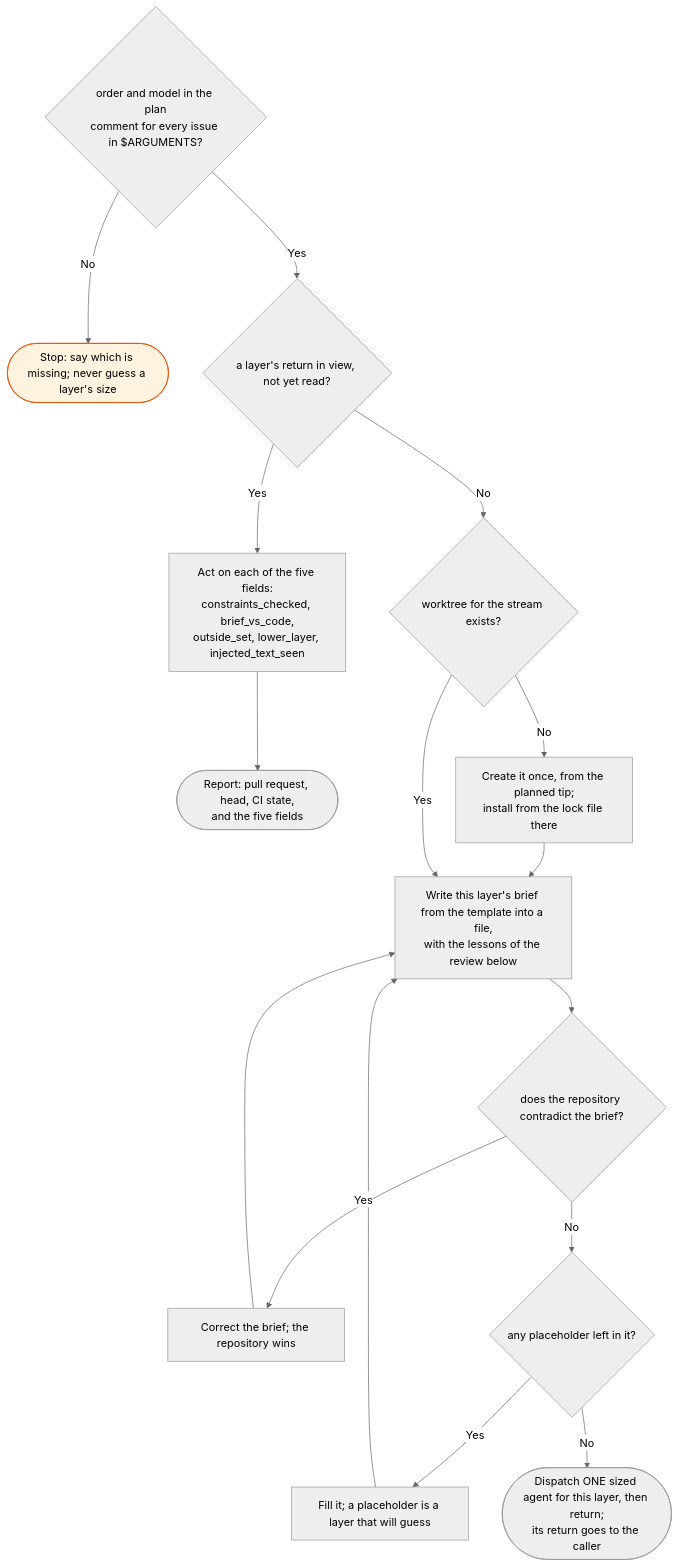
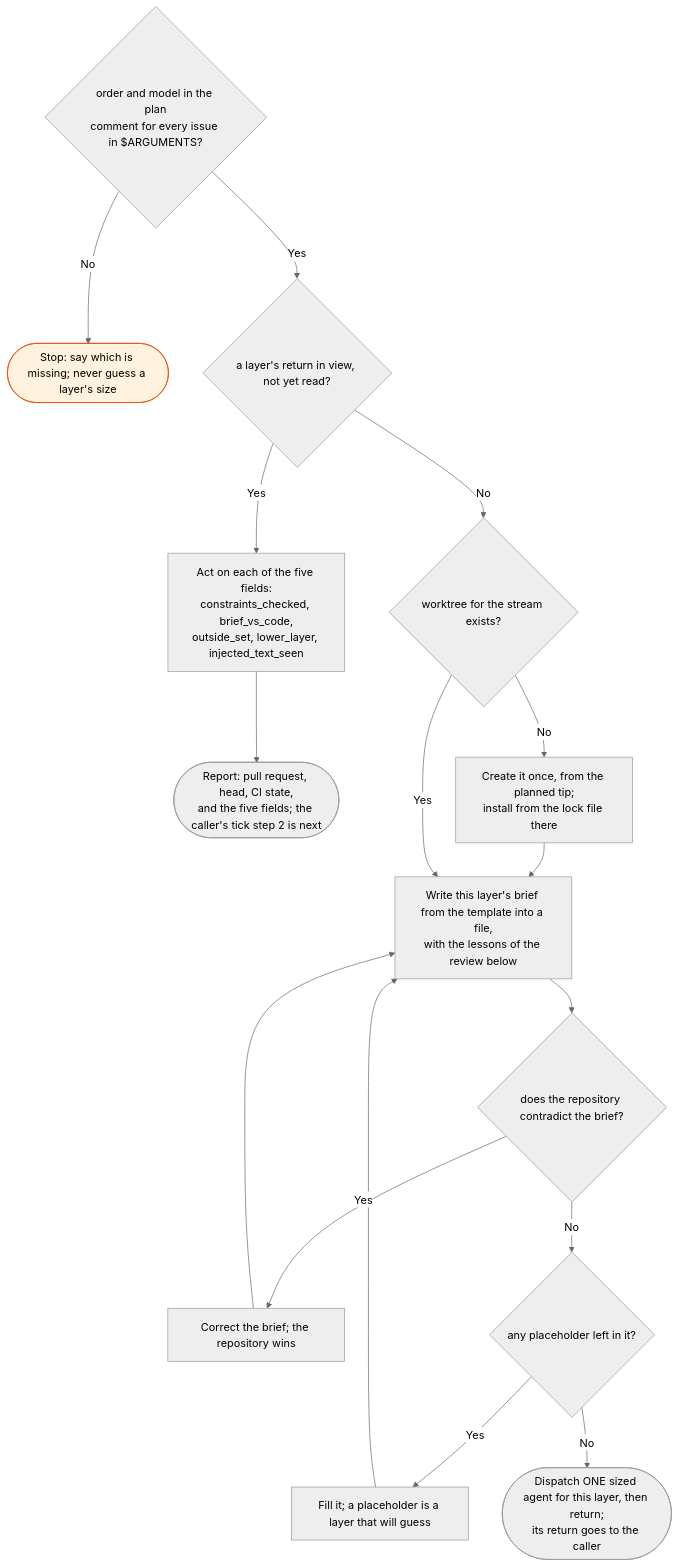
Before and after one commit to bje-settings/claude: the diagram in docs/flows/workstreams/stream/_skill-flow.md, drawn with Mermaid (neutral theme). The commit also changed other lines of this file and 15 other files, not shown here.

````diff
--- a/docs/flows/workstreams/stream/_skill-flow.md
+++ b/docs/flows/workstreams/stream/_skill-flow.md
@@ -15,20 +15,20 @@
 ```mermaid
 flowchart TD
     C{order and model in the plan<br/>comment for every issue in $ARGUMENTS?}
     C -->|No| C1([Stop: say which is missing; never guess a layer's size]):::stop
     C -->|Yes| R{a layer's return in view, not yet read?}
 
     R -->|Yes| S[Act on each of the five fields:<br/>constraints_checked, brief_vs_code,<br/>outside_set, lower_layer, injected_text_seen]
-    S --> S1([Report: pull request, head, CI state,<br/>and the five fields])
+    S --> S1([Report: pull request, head, CI state,<br/>and the five fields; the caller's tick step 2 is next])
 
     R -->|No| D{worktree for the stream exists?}
     D -->|No| D1[Create it once, from the planned tip;<br/>install from the lock file there] --> E
     D -->|Yes| E[Write this layer's brief from the template into a file,<br/>with the lessons of the review below]
     E --> F{does the repository contradict the brief?}
     F -->|Yes| F1[Correct the brief; the repository wins] --> E
     F -->|No| G{any placeholder left in it?}
     G -->|Yes| G1[Fill it; a placeholder is a layer that will guess] --> E
     G -->|No| H([Dispatch ONE sized agent for this layer, then return;<br/>its return goes to the caller])
 
     classDef stop fill:#fff3e0,stroke:#e65100,color:#000
 ```
````
